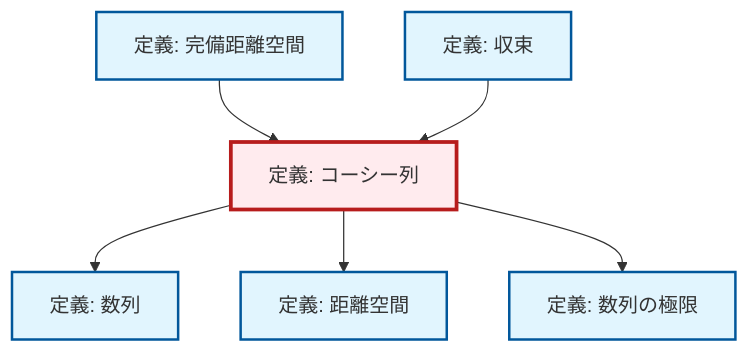
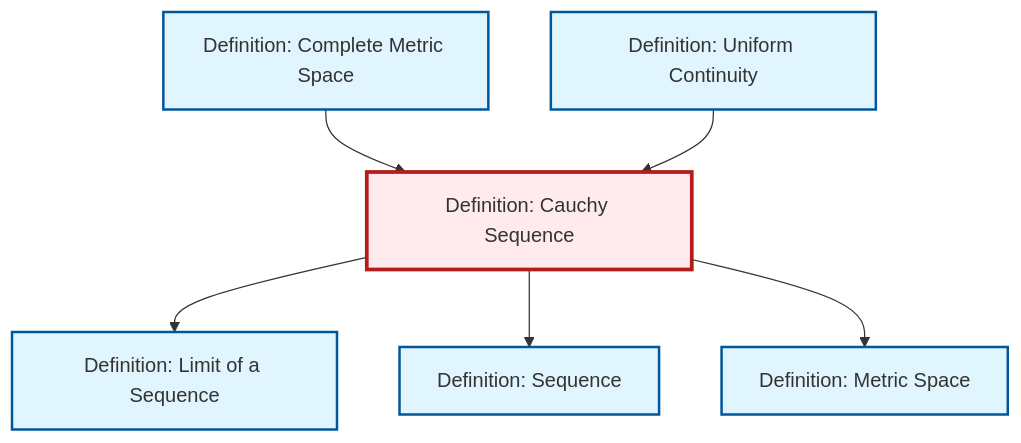
The diagram in content/ja/analysis/def-cauchy-sequence.qmd (RK0429/ModernMath), drawn with Mermaid before and after one commit. The commit also changed other lines of this file and 531 other files, not shown here.

````diff
--- a/content/ja/analysis/def-cauchy-sequence.qmd
+++ b/content/ja/analysis/def-cauchy-sequence.qmd
@@ -89,26 +89,26 @@
 ```{mermaid}
-%%| fig-cap: "局所依存関係グラフ"
+%%| fig-cap: "Local dependency graph"
 graph TD
     classDef definition fill:#e1f5fe,stroke:#01579b,stroke-width:2px
     classDef theorem fill:#f3e5f5,stroke:#4a148c,stroke-width:2px
     classDef axiom fill:#fff3e0,stroke:#e65100,stroke-width:2px
     classDef example fill:#e8f5e9,stroke:#1b5e20,stroke-width:2px
     classDef current fill:#ffebee,stroke:#b71c1c,stroke-width:3px
-    def-sequence["定義: 数列"]:::definition
-    def-metric-space["定義: 距離空間"]:::definition
-    def-limit["定義: 数列の極限"]:::definition
-    def-cauchy-sequence["定義: コーシー列"]:::definition
-    def-complete-metric-space["定義: 完備距離空間"]:::definition
-    def-convergence["定義: 収束"]:::definition
+    def-metric-space["Definition: Metric Space"]:::definition
+    def-sequence["Definition: Sequence"]:::definition
+    def-limit["Definition: Limit of a Sequence"]:::definition
+    def-uniform-continuity["Definition: Uniform Continuity"]:::definition
+    def-cauchy-sequence["Definition: Cauchy Sequence"]:::definition
+    def-complete-metric-space["Definition: Complete Metric Space"]:::definition
+    def-cauchy-sequence --> def-limit
+    def-cauchy-sequence --> def-sequence
     def-complete-metric-space --> def-cauchy-sequence
-    def-convergence --> def-cauchy-sequence
-    def-cauchy-sequence --> def-sequence
     def-cauchy-sequence --> def-metric-space
-    def-cauchy-sequence --> def-limit
+    def-uniform-continuity --> def-cauchy-sequence
     class def-cauchy-sequence current
-    click def-sequence "def-sequence.html" "数列の定義へ"
-    click def-metric-space "../geometry/def-metric-space.html" "距離空間の定義へ"
-    click def-limit "def-limit.html" "極限の定義へ"
-    click def-complete-metric-space "def-complete-metric-space.html" "完備距離空間の定義へ"
-    click def-convergence "def-convergence.html" "収束の定義へ"
+    click def-metric-space "def-metric-space.html" "Definition: Metric Spaceへ"
+    click def-sequence "def-sequence.html" "Definition: Sequenceへ"
+    click def-limit "def-limit.html" "Definition: Limit of a Sequenceへ"
+    click def-uniform-continuity "def-uniform-continuity.html" "Definition: Uniform Continuityへ"
+    click def-complete-metric-space "def-complete-metric-space.html" "Definition: Complete Metric Spaceへ"
 ```
````
